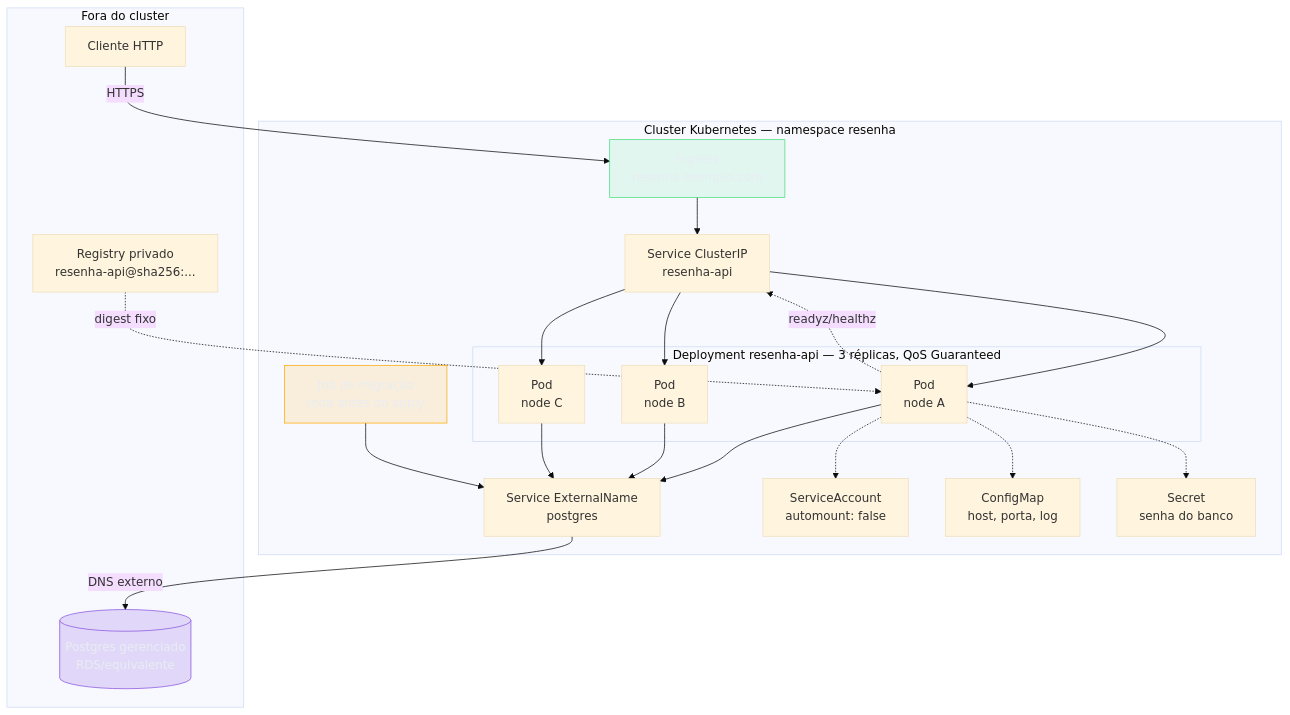
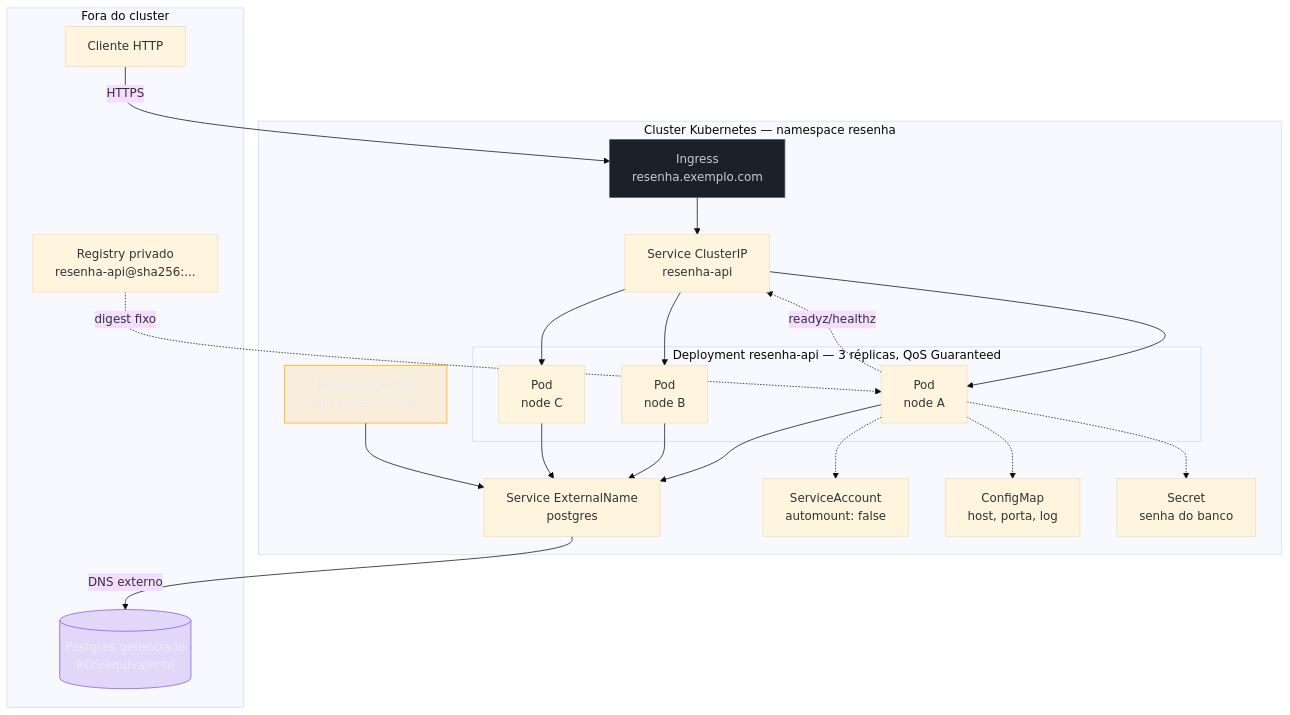
Before and after one commit to josenaldo/codex-technomanticus: the second of 2 diagrams in 03-Dominios/Tecnologia/Infraestrutura/Kubernetes/22 - Capstone - do zero ao cluster.md, drawn with Mermaid (base theme). The commit also changed other lines of this file and 601 other files, not shown here.

````diff
--- a/03-Dominios/Tecnologia/Infraestrutura/Kubernetes/22 - Capstone - do zero ao cluster.md
+++ b/03-Dominios/Tecnologia/Infraestrutura/Kubernetes/22 - Capstone - do zero ao cluster.md
@@ -472,48 +472,48 @@
 ```mermaid
 graph TB
+    classDef neutro fill:#1B2029,stroke:#4E5666,color:#C6CCD8
     classDef marca fill:#8855DF33,stroke:#8855DF,color:#E9ECF2
-    classDef ok fill:#4ADE8021,stroke:#4ADE80,color:#E9ECF2
     classDef destaque fill:#FFAA0024,stroke:#FFAA00,color:#E9ECF2
     subgraph "Fora do cluster"
         PG[("Postgres gerenciado<br/>RDS/equivalente")]
         USR["Cliente HTTP"]
         REG["Registry privado<br/>resenha-api@sha256:..."]
     end
 
     subgraph "Cluster Kubernetes — namespace resenha"
         ING["Ingress<br/>resenha.exemplo.com"]
         SVC["Service ClusterIP<br/>resenha-api"]
         EXT["Service ExternalName<br/>postgres"]
 
         subgraph "Deployment resenha-api — 3 réplicas, QoS Guaranteed"
             P1["Pod<br/>node A"]
             P2["Pod<br/>node B"]
             P3["Pod<br/>node C"]
         end
 
         SA["ServiceAccount<br/>automount: false"]
         CM["ConfigMap<br/>host, porta, log"]
         SEC["Secret<br/>senha do banco"]
         JOB["Job de migração<br/>roda antes do apply"]
     end
 
     USR -->|"HTTPS"| ING
     ING --> SVC
     SVC --> P1
     SVC --> P2
     SVC --> P3
     P1 -.->|"readyz/healthz"| SVC
     P1 --> EXT
     P2 --> EXT
     P3 --> EXT
     EXT -->|"DNS externo"| PG
     JOB --> EXT
     P1 -.-> CM
     P1 -.-> SEC
     P1 -.-> SA
     REG -.->|"digest fixo"| P1
 
     class PG marca
-    class ING ok
+    class ING neutro
     class JOB destaque
 ```
````
